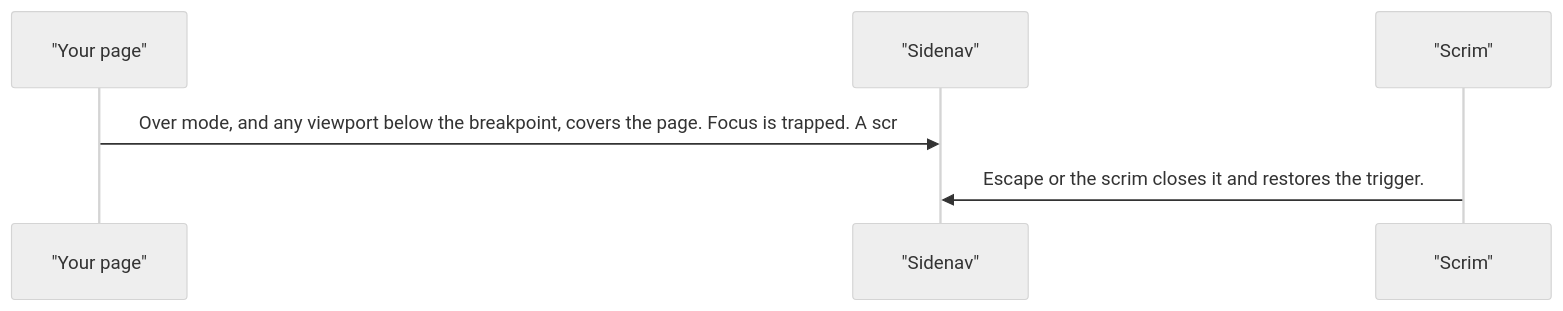
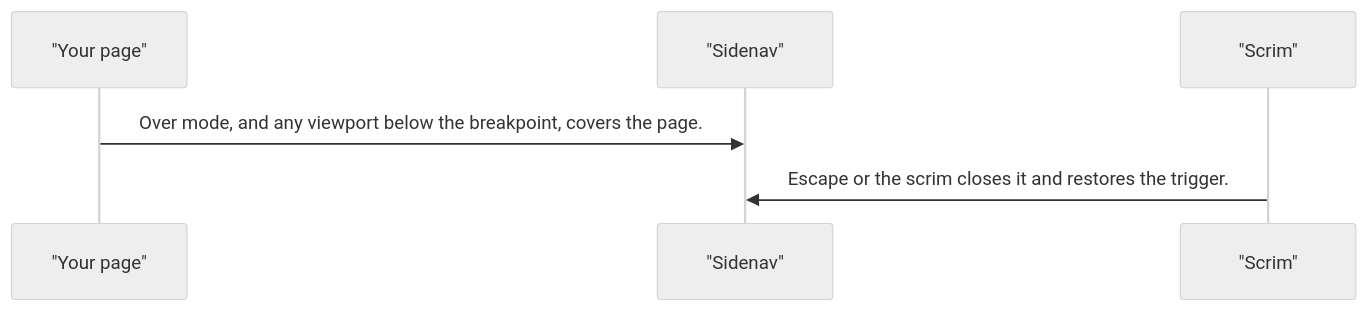
The third of 4 diagrams in projects/pixel-ui/src/lib/pixel-sidenav/DESIGN.md (RajshekharBorate/pixel-ui), drawn with Mermaid (neutral theme) before and after one commit. The commit also changed other lines of this file and 80 other files, not shown here.

Commit message:
Fill missing design flows and correct the stories that did not match component behavior.

````diff
--- a/projects/pixel-ui/src/lib/pixel-sidenav/DESIGN.md
+++ b/projects/pixel-ui/src/lib/pixel-sidenav/DESIGN.md
@@ -64,8 +64,8 @@
 ```mermaid
 sequenceDiagram
   participant page as "Your page"
   participant nav as "Sidenav"
   participant scrim as "Scrim"
-  page->>nav: Over mode, and any viewport below the breakpoint, covers the page. Focus is trapped. A scr
+  page->>nav: Over mode, and any viewport below the breakpoint, covers the page.
   scrim->>nav: Escape or the scrim closes it and restores the trigger.
 ```
````
